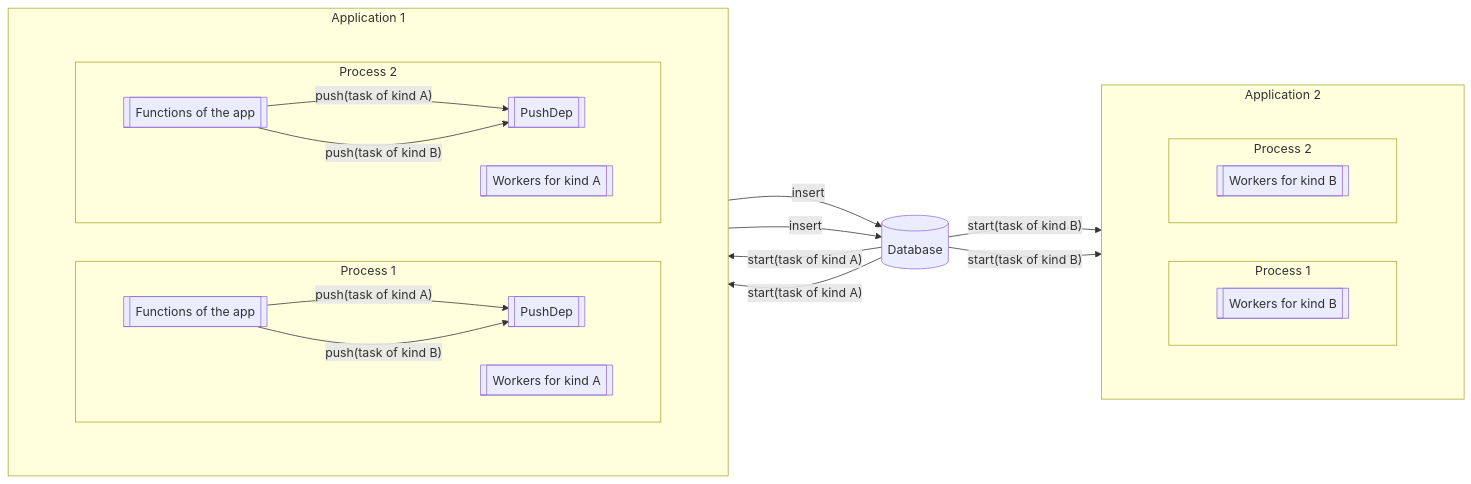
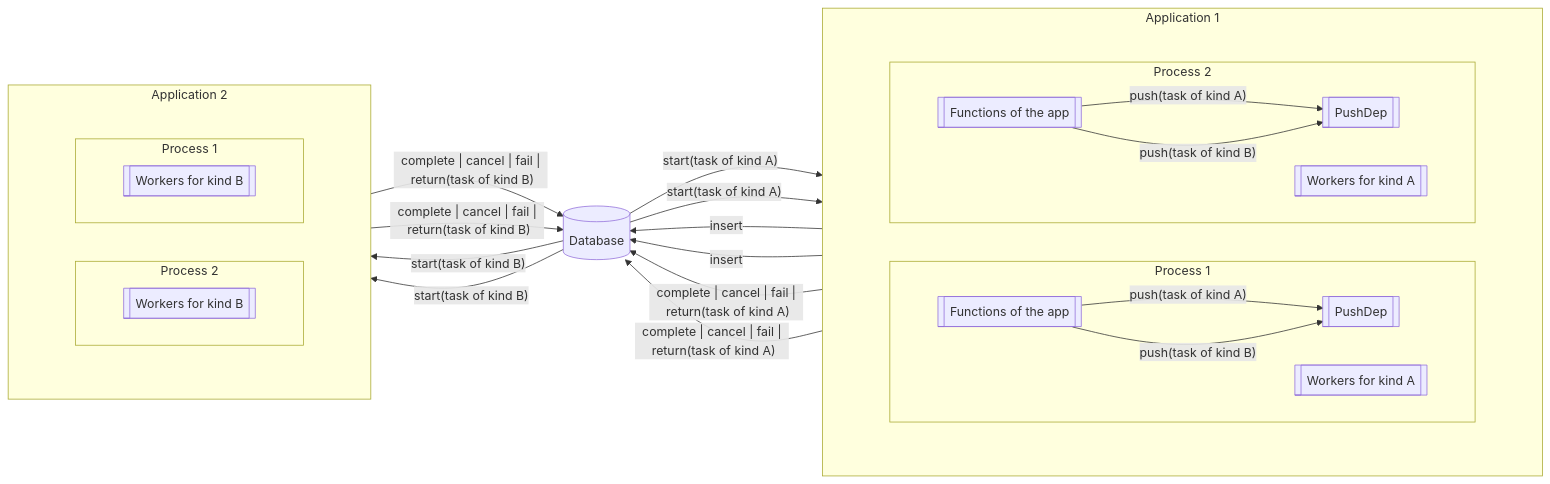
Before and after one commit to almiris/pushdep: the fifth of 5 diagrams in README.md, drawn with Mermaid. The commit also changed other lines of this file, not shown here.

````diff
--- a/README.md
+++ b/README.md
@@ -145,44 +174,48 @@
 ```mermaid 
 flowchart LR
     classDef subgraph_padding fill:none,stroke:none
     subgraph app1 [Application 1]
         direction LR
         subgraph space1 [ ]
         direction LR
             subgraph p1 [Process 1]
                 direction LR
                 f1[[Functions of the app]] --> |"push(task of kind A)"| pushdep1[[PushDep]]
                 f1[[Functions of the app]] --> |"push(task of kind B)"| pushdep1[[PushDep]]
                 wA1[[Workers for kind A]]
             end
             subgraph p2 [Process 2]
                 direction LR
                 f2[[Functions of the app]] --> |"push(task of kind A)"| pushdep2[[PushDep]]
                 f2[[Functions of the app]] --> |"push(task of kind B)"| pushdep2[[PushDep]]
                 wA2[[Workers for kind A]]
             end
         end
     end
     subgraph app2 [Application 2]
         direction LR
         subgraph space2 [ ]
         direction LR
+            subgraph p4 [Process 2]
+            direction LR
+                wB4[[Workers for kind B]]
+            end
             subgraph p3 [Process 1]
             direction LR
                 wB3[[Workers for kind B]]
-            end
-            subgraph p4 [Process 2]
-            direction LR
-                wB4[[Workers for kind B]]
             end
         end
     end
     pushdep1 --> |insert| DB[(Database)]
     pushdep2 --> |insert| DB[(Database)] 
     DB --> |"start(task of kind A)"|wA1
+    wA1 --> |"complete | cancel | fail | return(task of kind A)"|DB
     DB --> |"start(task of kind A)"|wA2
+    wA2 --> |"complete | cancel | fail | return(task of kind A)"|DB
     DB --> |"start(task of kind B)"|wB3
+    wB3 --> |"complete | cancel | fail | return(task of kind B)"|DB
     DB --> |"start(task of kind B)"|wB4
+    wB4 --> |"complete | cancel | fail | return(task of kind B)"|DB
     class space1 subgraph_padding
     class space2 subgraph_padding
 ```
````
